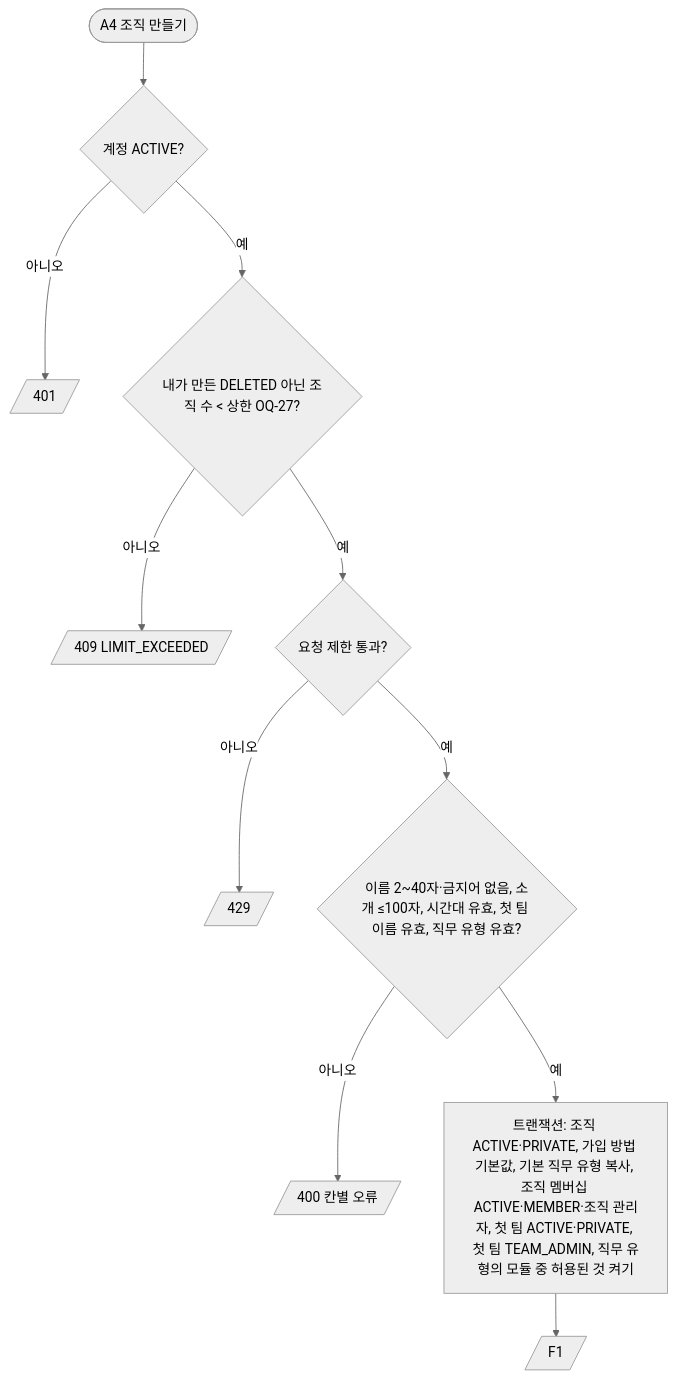
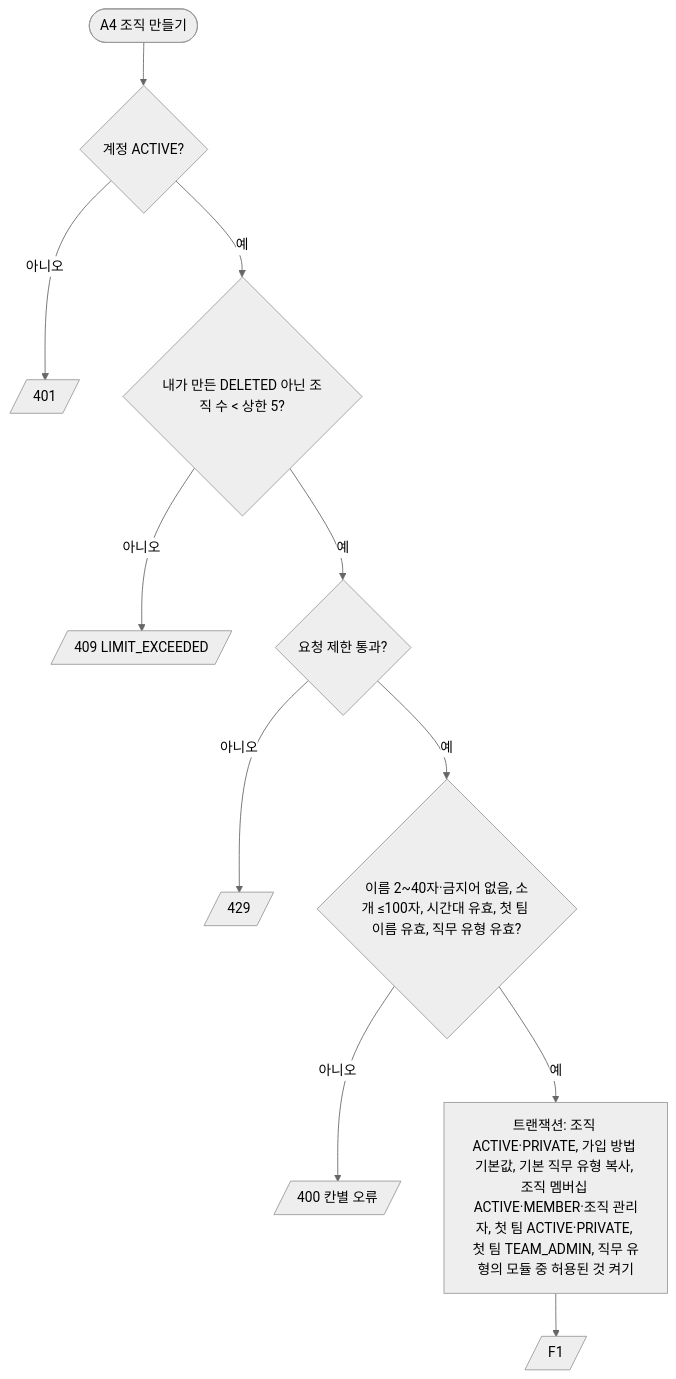
Diagram 15 of 16 in docs/architecture/tenancy.md (poseybutter/reberu), drawn with Mermaid (neutral theme) before and after one commit. The commit also changed other lines of this file and 7 other files, not shown here.

````diff
--- a/docs/architecture/tenancy.md
+++ b/docs/architecture/tenancy.md
@@ -558,13 +558,13 @@
 ```mermaid
 flowchart TD
     S([A4 조직 만들기]) --> A{계정 ACTIVE?}
     A -- 아니오 --> E[/401/]
-    A -- 예 --> Q{내가 만든 DELETED 아닌 조직 수 < 상한 OQ-27?}
+    A -- 예 --> Q{내가 만든 DELETED 아닌 조직 수 < 상한 5?}
     Q -- 아니오 --> E1[/409 LIMIT_EXCEEDED/]
     Q -- 예 --> RL{요청 제한 통과?}
     RL -- 아니오 --> E2[/429/]
     RL -- 예 --> V{이름 2~40자·금지어 없음, 소개 ≤100자, 시간대 유효, 첫 팀 이름 유효, 직무 유형 유효?}
     V -- 아니오 --> E3[/400 칸별 오류/]
     V -- 예 --> TX[트랜잭션: 조직 ACTIVE·PRIVATE, 가입 방법 기본값, 기본 직무 유형 복사, 조직 멤버십 ACTIVE·MEMBER·조직 관리자, 첫 팀 ACTIVE·PRIVATE, 첫 팀 TEAM_ADMIN, 직무 유형의 모듈 중 허용된 것 켜기]
     TX --> F[/F1/]
 ```
````
